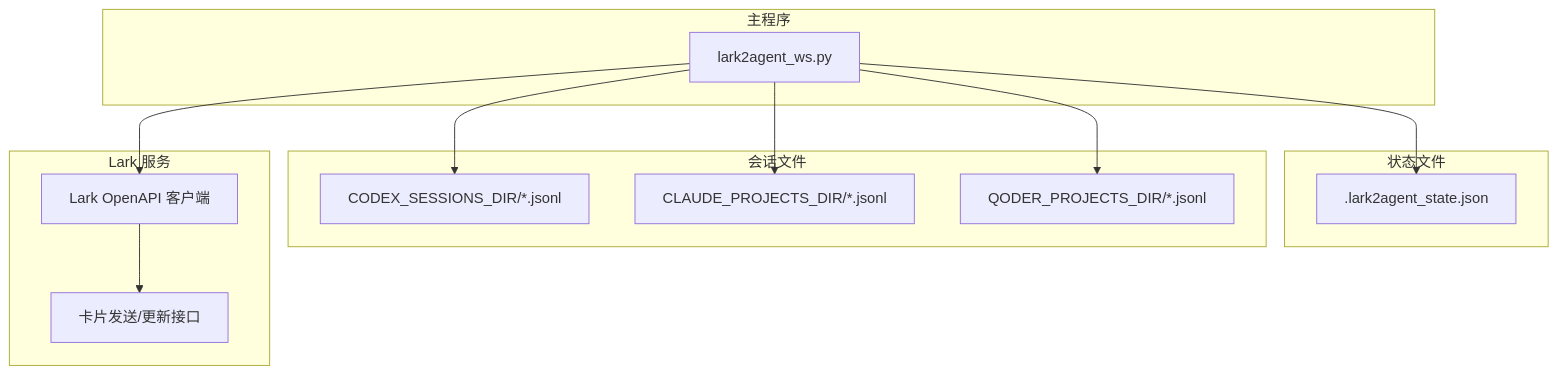
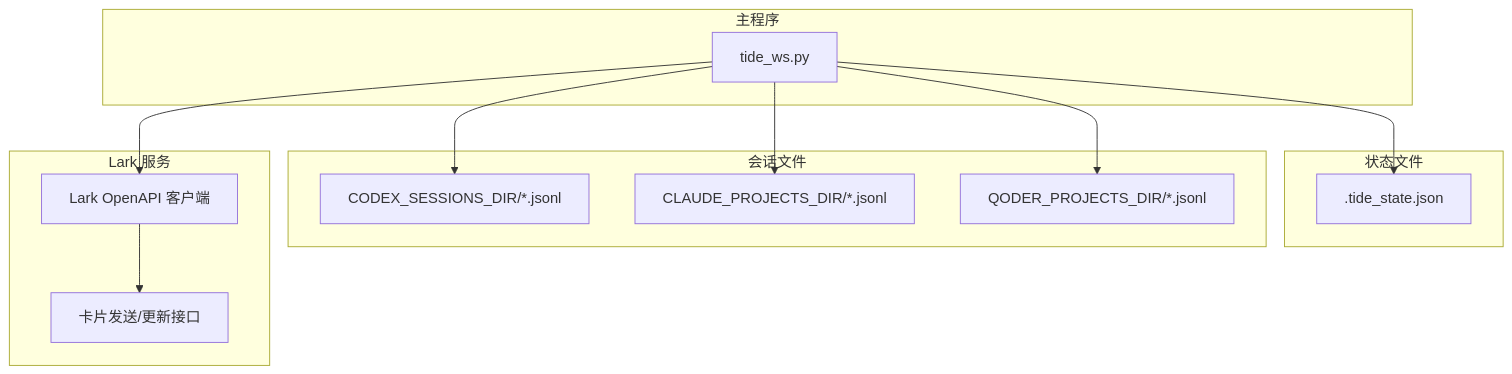
The first of 7 diagrams in .qoder/repowiki/zh/content/高级特性/状态同步/状态同步.md (winditer/tide), drawn with Mermaid before and after one commit. The commit also changed other lines of this file and 260 other files, not shown here.

````diff
--- a/.qoder/repowiki/zh/content/高级特性/状态同步/状态同步.md
+++ b/.qoder/repowiki/zh/content/高级特性/状态同步/状态同步.md
@@ -34,24 +34,24 @@
 ```mermaid
 graph TB
 subgraph "主程序"
-WS["lark2agent_ws.py"]
+WS["tide_ws.py"]
 end
 subgraph "状态文件"
-StateFile[".lark2agent_state.json"]
+StateFile[".tide_state.json"]
 end
 subgraph "会话文件"
 CodexSessions["CODEX_SESSIONS_DIR/*.jsonl"]
 ClaudeSessions["CLAUDE_PROJECTS_DIR/*.jsonl"]
 QoderSessions["QODER_PROJECTS_DIR/*.jsonl"]
 end
 subgraph "Lark 服务"
 LarkAPI["Lark OpenAPI 客户端"]
 Cards["卡片发送/更新接口"]
 end
 WS --> StateFile
 WS --> CodexSessions
 WS --> ClaudeSessions
 WS --> QoderSessions
 WS --> LarkAPI
 LarkAPI --> Cards
 ```
````
